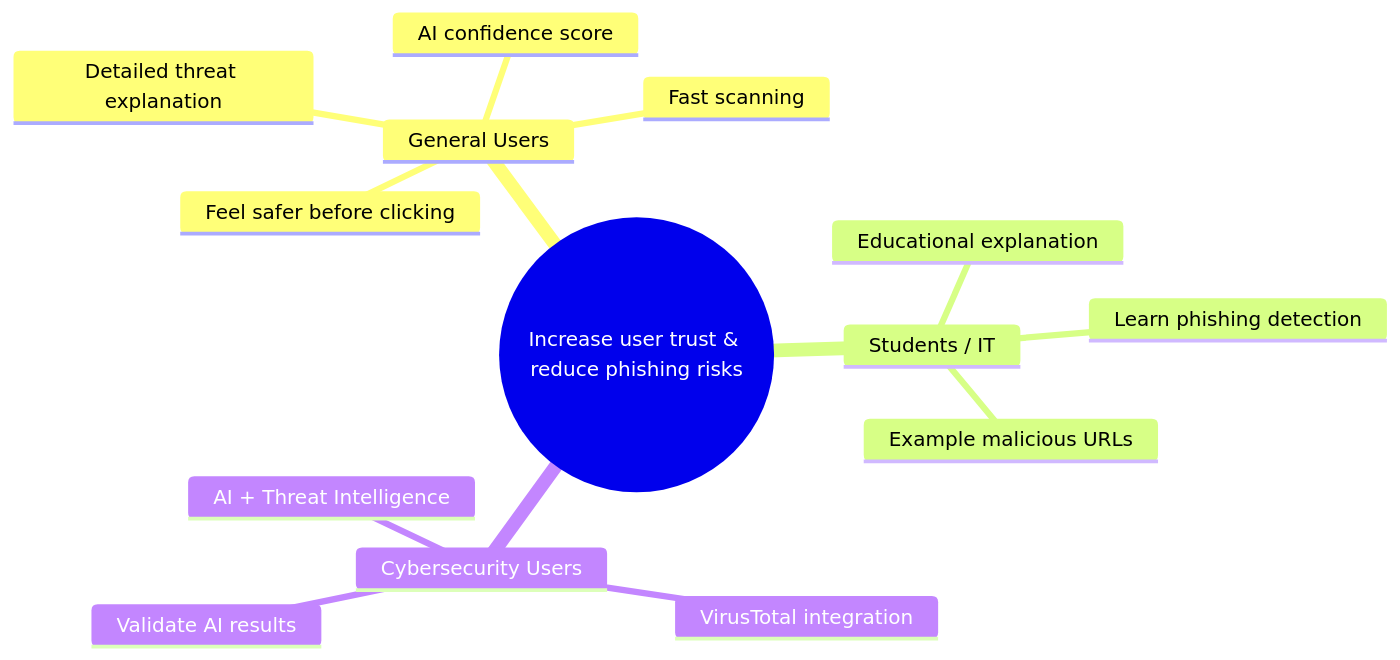
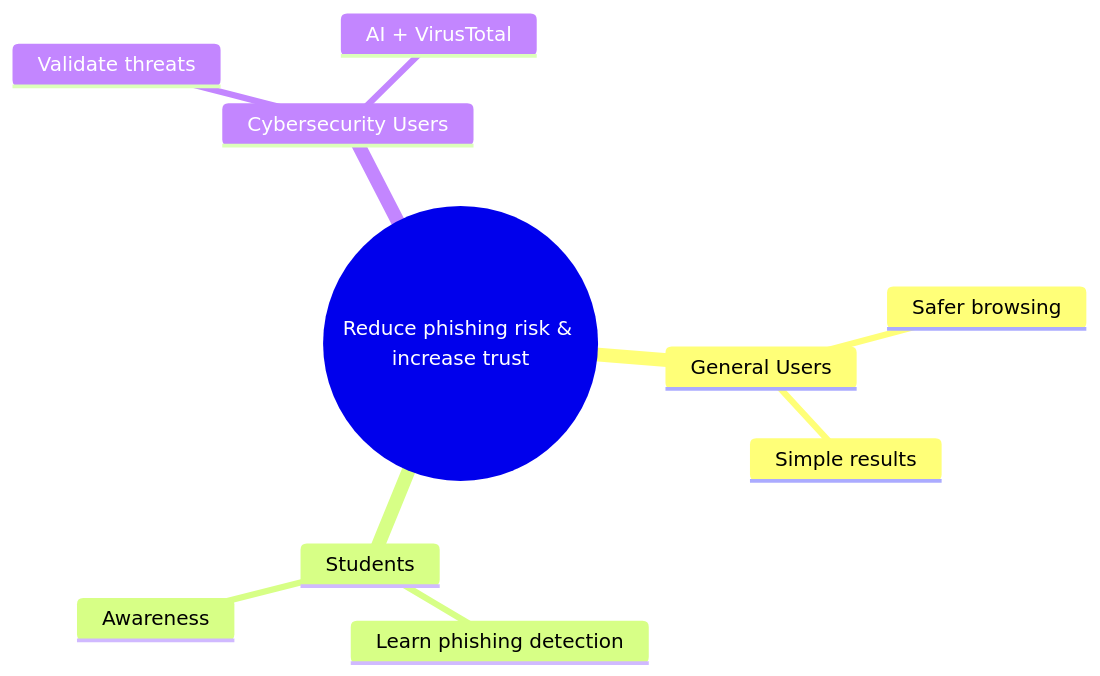
One commit to Eman-Mohamed-Hamed/MobileComputing_Project changed the diagram in README.md. Above: the diagram before and after it, drawn with Mermaid. The commit also changed other lines of this file, not shown here.

````diff
--- a/README.md
+++ b/README.md
@@ -62,17 +165,13 @@
 ```mermaid
 mindmap
-  root((Increase user trust & reduce phishing risks))
+  root((Reduce phishing risk & increase trust))
     General Users
-      Feel safer before clicking
-      AI confidence score
-      Detailed threat explanation
-      Fast scanning
-    Students / IT
+      Safer browsing
+      Simple results
+    Students
       Learn phishing detection
-      Educational explanation
-      Example malicious URLs
+      Awareness
     Cybersecurity Users
-      Validate AI results
-      VirusTotal integration
-      AI + Threat Intelligence
+      Validate threats
+      AI + VirusTotal
 ```
````
